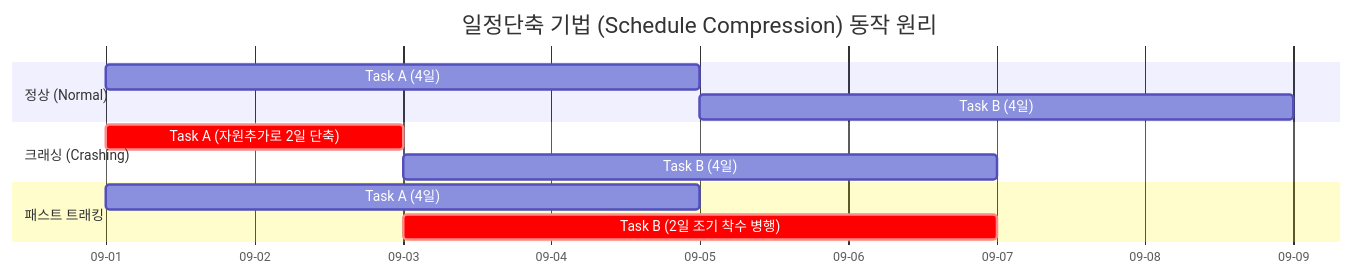
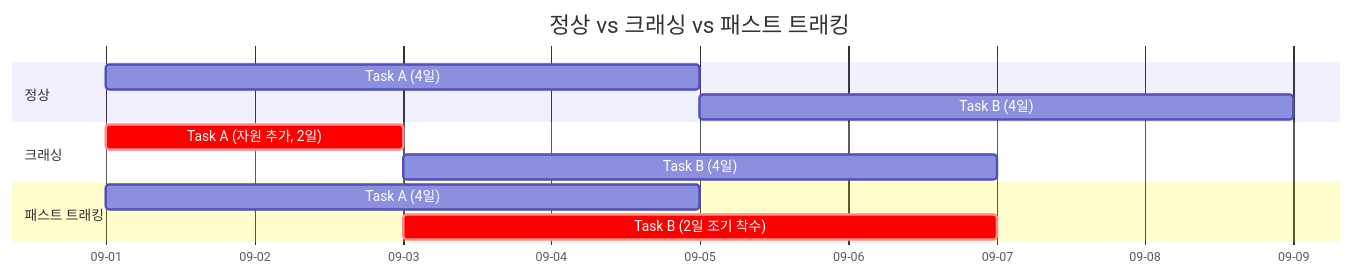
Before and after one commit to supremethumb/supremethumb.github.io: the diagram in content/01_IT Tech/일정단축 기법.md, drawn with Mermaid. The commit also changed other lines of this file and 1087 other files, not shown here.

````diff
--- a/content/01_IT Tech/일정단축 기법.md
+++ b/content/01_IT Tech/일정단축 기법.md
@@ -27,19 +37,18 @@
 ```mermaid
 gantt
-    title 일정단축 기법 (Schedule Compression) 동작 원리
+    title 정상 vs 크래싱 vs 패스트 트래킹
     dateFormat  YYYY-MM-DD
     axisFormat %m-%d
-    
-    section 정상 (Normal)
+
+    section 정상
     Task A (4일) :a1, 2026-09-01, 4d
     Task B (4일) :a2, after a1, 4d
-    
-    section 크래싱 (Crashing)
-    Task A (자원추가로 2일 단축) :crit, c1, 2026-09-01, 2d
+
+    section 크래싱
+    Task A (자원 추가, 2일) :crit, c1, 2026-09-01, 2d
     Task B (4일) :c2, after c1, 4d
-    
+
     section 패스트 트래킹
     Task A (4일) :f1, 2026-09-01, 4d
-    Task B (2일 조기 착수 병행) :crit, f2, 2026-09-03, 4d
-
+    Task B (2일 조기 착수) :crit, f2, 2026-09-03, 4d
 ```
````
